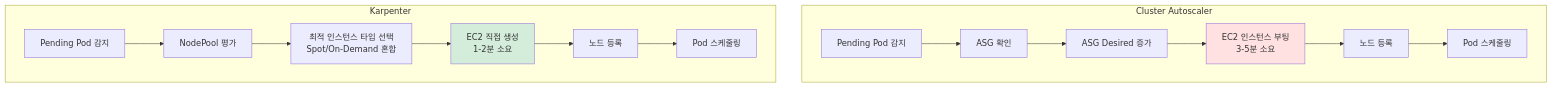
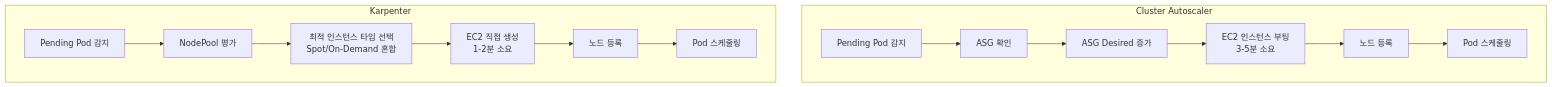
One commit to juwon8891/juwon8891.github.io changed the third of 7 diagrams in docs/eks/week3-scaling.md. Above: the diagram before and after it, drawn with Mermaid. The commit also changed other lines of this file and 18 other files, not shown here.

Commit message:
Remove bright colors from Mermaid diagrams for dark mode compatibility

````diff
--- a/docs/eks/week3-scaling.md
+++ b/docs/eks/week3-scaling.md
@@ -346,21 +338,19 @@
 ```mermaid
 graph TB
     subgraph CAS["Cluster Autoscaler"]
         A1[Pending Pod 감지] --> A2[ASG 확인]
         A2 --> A3[ASG Desired 증가]
         A3 --> A4[EC2 인스턴스 부팅<br/>3-5분 소요]
         A4 --> A5[노드 등록]
         A5 --> A6[Pod 스케줄링]
     end
 
     subgraph Karpenter["Karpenter"]
         B1[Pending Pod 감지] --> B2[NodePool 평가]
         B2 --> B3[최적 인스턴스 타입 선택<br/>Spot/On-Demand 혼합]
         B3 --> B4[EC2 직접 생성<br/>1-2분 소요]
         B4 --> B5[노드 등록]
         B5 --> B6[Pod 스케줄링]
     end
 
-    style A4 fill:#ffe1e1
-    style B4 fill:#d4edda
 ```
````
